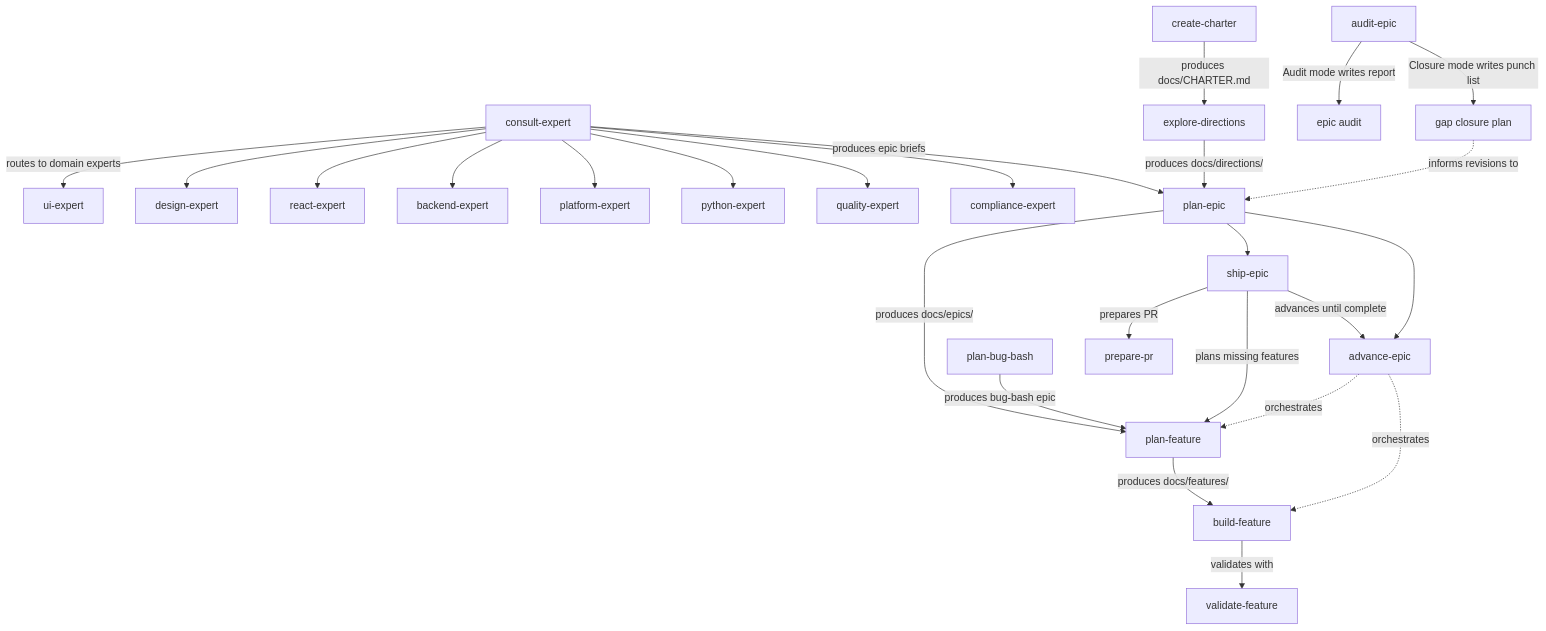
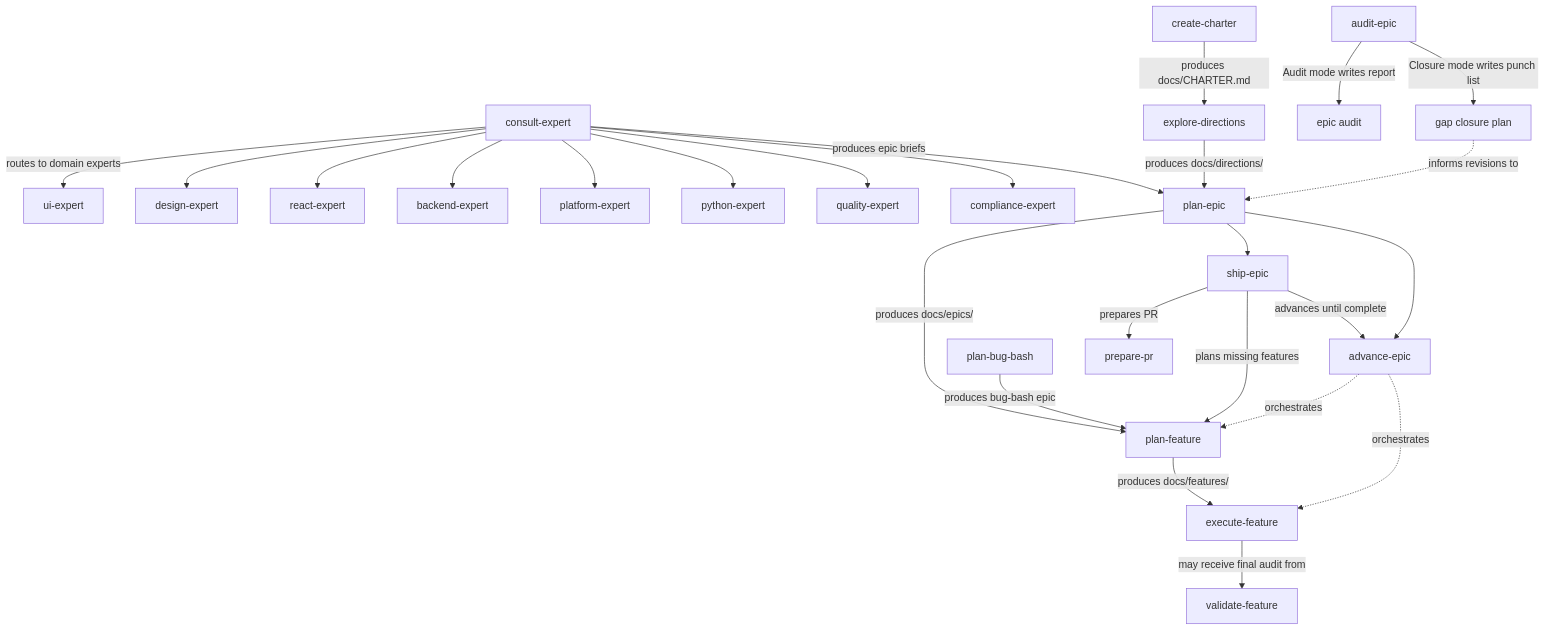
The second of 14 diagrams in README.md (pnewsam/skills), drawn with Mermaid before and after one commit. The commit also changed other lines of this file and 45 other files, not shown here.

````diff
--- a/README.md
+++ b/README.md
@@ -113,28 +115,28 @@
 ```mermaid
 flowchart TD
     CE[consult-expert] -->|routes to domain experts| UE[ui-expert]
     CE --> DX[design-expert]
     CE --> RE[react-expert]
     CE --> BE[backend-expert]
     CE --> PL[platform-expert]
     CE --> PY[python-expert]
     CE --> QE[quality-expert]
     CE --> CX[compliance-expert]
     CE -->|produces epic briefs| PE
     CC[create-charter] -->|produces docs/CHARTER.md| ED[explore-directions]
     ED -->|produces docs/directions/| PE[plan-epic]
     PE -->|produces docs/epics/| PF[plan-feature]
     PBB[plan-bug-bash] -->|produces bug-bash epic| PF
     PE --> SP[ship-epic]
     SP -->|plans missing features| PF
     SP -->|advances until complete| AE
     SP -->|prepares PR| PPR[prepare-pr]
-    PF -->|produces docs/features/| BF[build-feature]
-    BF -->|validates with| VF[validate-feature]
+    PF -->|produces docs/features/| EF[execute-feature]
+    EF -->|may receive final audit from| VF[validate-feature]
     PE --> AE[advance-epic]
     AE -.->|orchestrates| PF
-    AE -.->|orchestrates| BF
+    AE -.->|orchestrates| EF
     AE2[audit-epic] -->|Audit mode writes report| AR[epic audit]
     AE2 -->|Closure mode writes punch list| GC[gap closure plan]
     GC -.->|informs revisions to| PE
 ```
````
